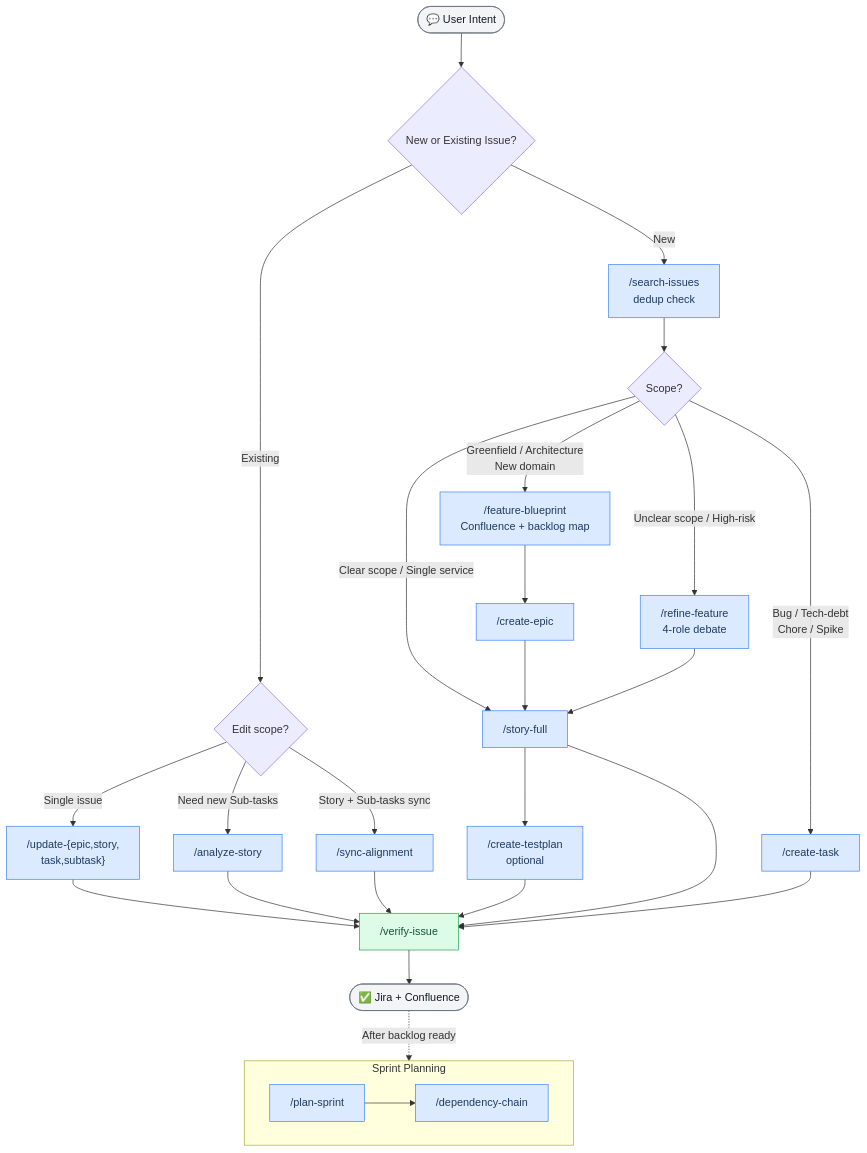
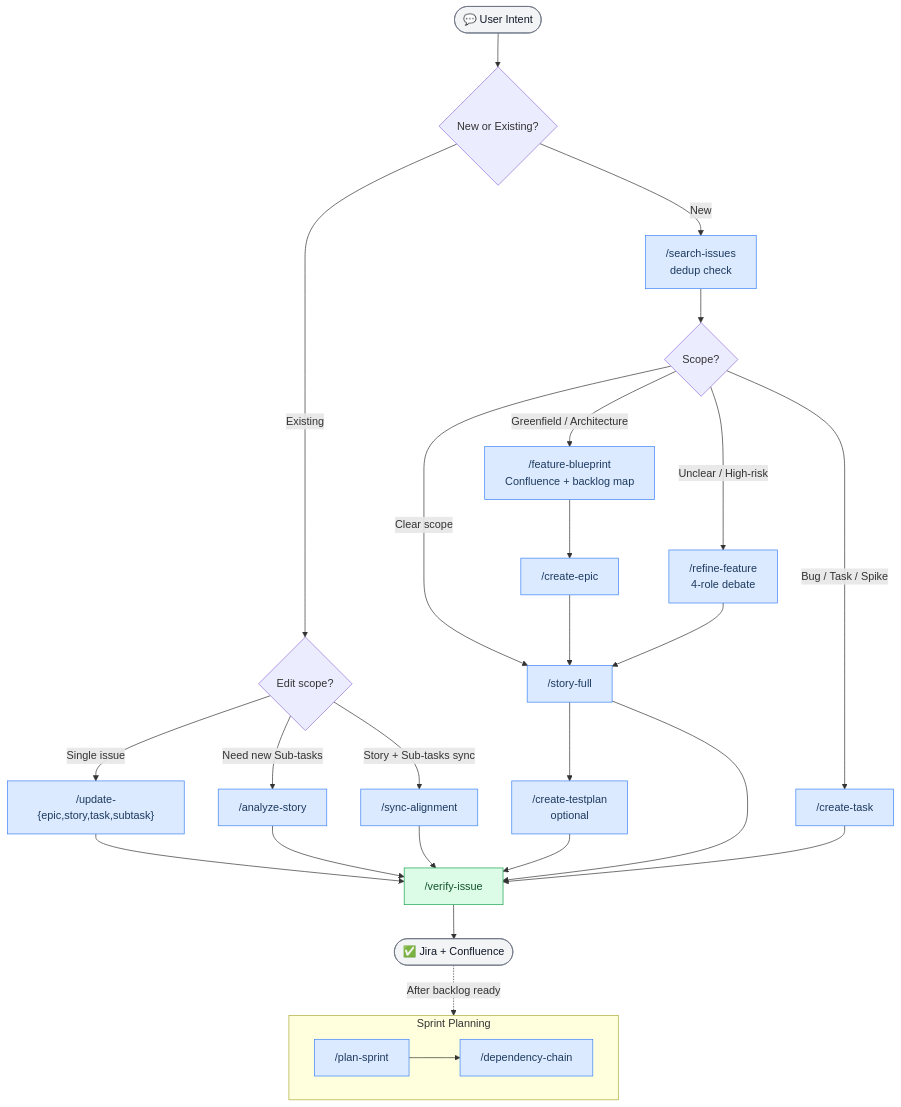
The diagram in README.md (wasikarn/atlassian-pm), drawn with Mermaid before and after one commit. The commit also changed other lines of this file and 1 other file, not shown here.

````diff
--- a/README.md
+++ b/README.md
@@ -36,47 +39,41 @@
 ```mermaid
 flowchart TD
-    A([💬 User Intent]) --> B{New or Existing Issue?}
+    A([💬 User Intent]) --> B{New or Existing?}
 
     B -->|New| C["/search-issues\ndedup check"]
     B -->|Existing| D{Edit scope?}
 
-    D -->|Single issue| E["/update-{epic,story,\ntask,subtask}"]
+    D -->|Single issue| E["/update-{epic,story,task,subtask}"]
     D -->|Need new Sub-tasks| AS["/analyze-story"]
     D -->|Story + Sub-tasks sync| F["/sync-alignment"]
 
     E --> V["/verify-issue"]
     AS --> V
     F --> V
 
     C --> G{Scope?}
-
-    G -->|"Greenfield / Architecture\nNew domain"| H["/feature-blueprint\nConfluence + backlog map"]
-    G -->|"Unclear scope / High-risk"| I["/refine-feature\n4-role debate"]
-    G -->|"Clear scope / Single service"| K["/story-full"]
-    G -->|"Bug / Tech-debt\nChore / Spike"| T["/create-task"]
+    G -->|"Greenfield / Architecture"| H["/feature-blueprint\nConfluence + backlog map"]
+    G -->|"Unclear / High-risk"| I["/refine-feature\n4-role debate"]
+    G -->|"Clear scope"| K["/story-full"]
+    G -->|"Bug / Task / Spike"| T["/create-task"]
 
     H --> J["/create-epic"] --> K
     I --> K
-
-    K --> L["/create-testplan\noptional"]
-    L --> V
+    K --> L["/create-testplan\noptional"] --> V
     K --> V
     T --> V
-
     V --> M([✅ Jira + Confluence])
 
     subgraph sprint["Sprint Planning"]
         direction LR
         N["/plan-sprint"] --> O["/dependency-chain"]
     end
-
     M -.->|"After backlog ready"| sprint
 
     classDef skill fill:#dbeafe,stroke:#3b82f6,color:#1e3a5f
     classDef gate fill:#dcfce7,stroke:#16a34a,color:#14532d
     classDef endpoint fill:#f3f4f6,stroke:#6b7280,color:#111827
-
     class C,E,F,AS,H,I,J,K,L,N,O,T skill
     class V gate
     class A,M endpoint
 ```
````
